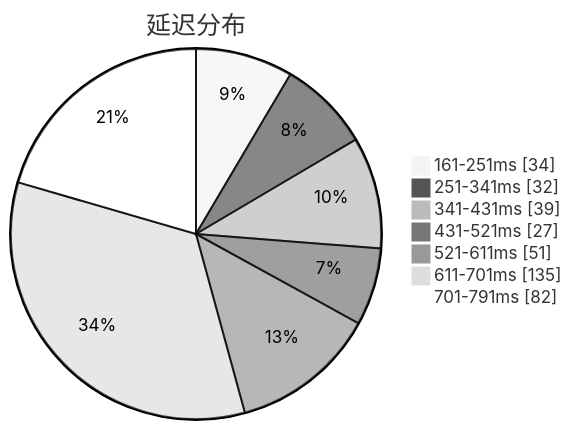
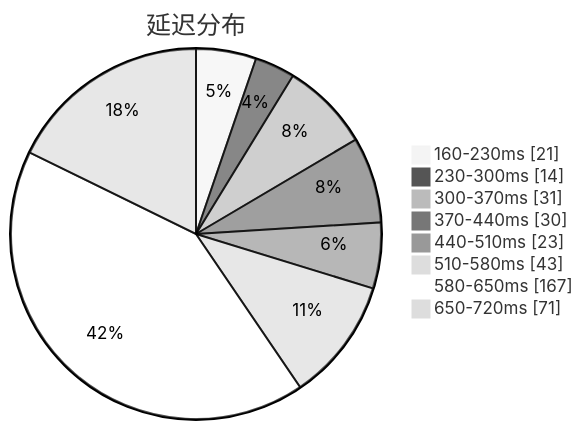
The first of 3 diagrams in subs/statistics/tested_within.md (qjlxg/airport), drawn with Mermaid (neutral theme) before and after one commit. The commit also changed other lines of this file and 2 other files, not shown here.

Commit message:
Tested by metaST

````diff
--- a/subs/statistics/tested_within.md
+++ b/subs/statistics/tested_within.md
@@ -2,11 +2,12 @@
 ```mermaid
 pie showData
 title 延迟分布
-"161-251ms" : 34
-"251-341ms" : 32
-"341-431ms" : 39
-"431-521ms" : 27
-"521-611ms" : 51
-"611-701ms" : 135
-"701-791ms" : 82
+"160-230ms" : 21
+"230-300ms" : 14
+"300-370ms" : 31
+"370-440ms" : 30
+"440-510ms" : 23
+"510-580ms" : 43
+"580-650ms" : 167
+"650-720ms" : 71
 ```
````
